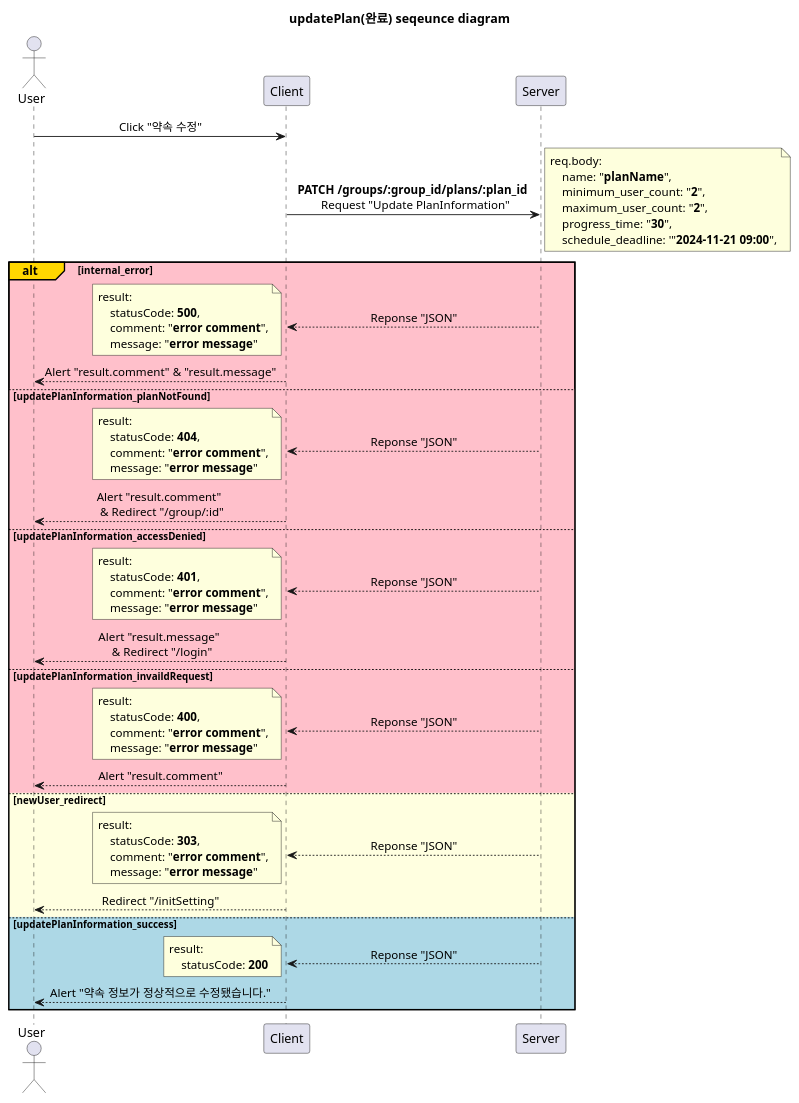
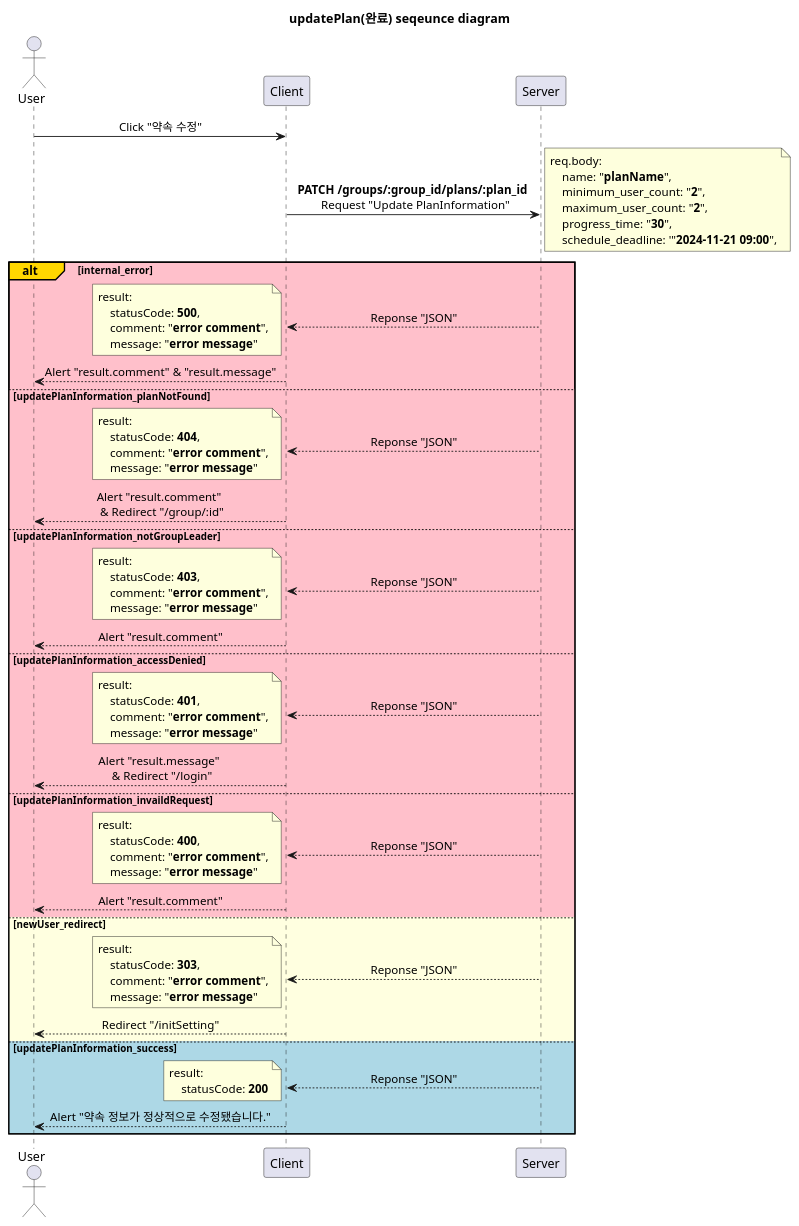
The diagram in diagram/editPlan_page/updatePlan.puml (devSeungBin/SSCS), drawn with PlantUML before and after one commit. The commit also changed 19 other files, not shown here.

```diff
--- a/diagram/editPlan_page/updatePlan.puml
+++ b/diagram/editPlan_page/updatePlan.puml
@@ -1,83 +1,93 @@
 @startuml updatePlan(완료)
 'http://localhost:3000/editGroup/:id
 
 title updatePlan(완료) seqeunce diagram
 
 skinparam SequenceMessageAlignment center
 
 participant Server order 30
 participant Client order 20
 actor User order 10
 
 User -> Client: Click "약속 수정"
 
 Client -> Server: **PATCH /groups/:group_id/plans/:plan_id** \n Request "Update PlanInformation"
 note right
     req.body:
         name: "**planName**",
         minimum_user_count: "**2**",
         maximum_user_count: "**2**",
         progress_time: "**30**",
         schedule_deadline: '"**2024-11-21 09:00**",
 end note
 
 alt#Gold #Pink internal_error
     Client <-- Server: Reponse "JSON"
     note left
         result:
             statusCode: **500**,
             comment: "**error comment**",
             message: "**error message**"
     end note
     User <-- Client: Alert "result.comment" & "result.message"
 
 else #Pink updatePlanInformation_planNotFound
     Client <-- Server: Reponse "JSON"
     note left
         result:
             statusCode: **404**,
             comment: "**error comment**",
             message: "**error message**"
     end note
     User <-- Client: Alert "result.comment" \n & Redirect "/group/:id"
 
+else #Pink updatePlanInformation_notGroupLeader
+    Client <-- Server: Reponse "JSON"
+    note left
+        result:
+            statusCode: **403**,
+            comment: "**error comment**",
+            message: "**error message**"
+    end note
+    User <-- Client: Alert "result.comment"
+
 else #Pink updatePlanInformation_accessDenied
     Client <-- Server: Reponse "JSON"
     note left
         result:
             statusCode: **401**,
             comment: "**error comment**",
             message: "**error message**"
     end note
     User <-- Client: Alert "result.message" \n & Redirect "/login"
 
 else #Pink updatePlanInformation_invaildRequest
     Client <-- Server: Reponse "JSON"
     note left
         result:
             statusCode: **400**,
             comment: "**error comment**",
             message: "**error message**"
     end note
     User <-- Client: Alert "result.comment"
 
 else #LightYellow newUser_redirect
     Client <-- Server: Reponse "JSON"
     note left
         result:
             statusCode: **303**,
             comment: "**error comment**",
             message: "**error message**"
     end note
     User <-- Client: Redirect "/initSetting"
 
 else #LightBlue updatePlanInformation_success
     Client <-- Server: Reponse "JSON"
     note left
         result:
             statusCode: **200**
     end note
     User <-- Client: Alert "약속 정보가 정상적으로 수정됐습니다."
 end
 
 @enduml
```
